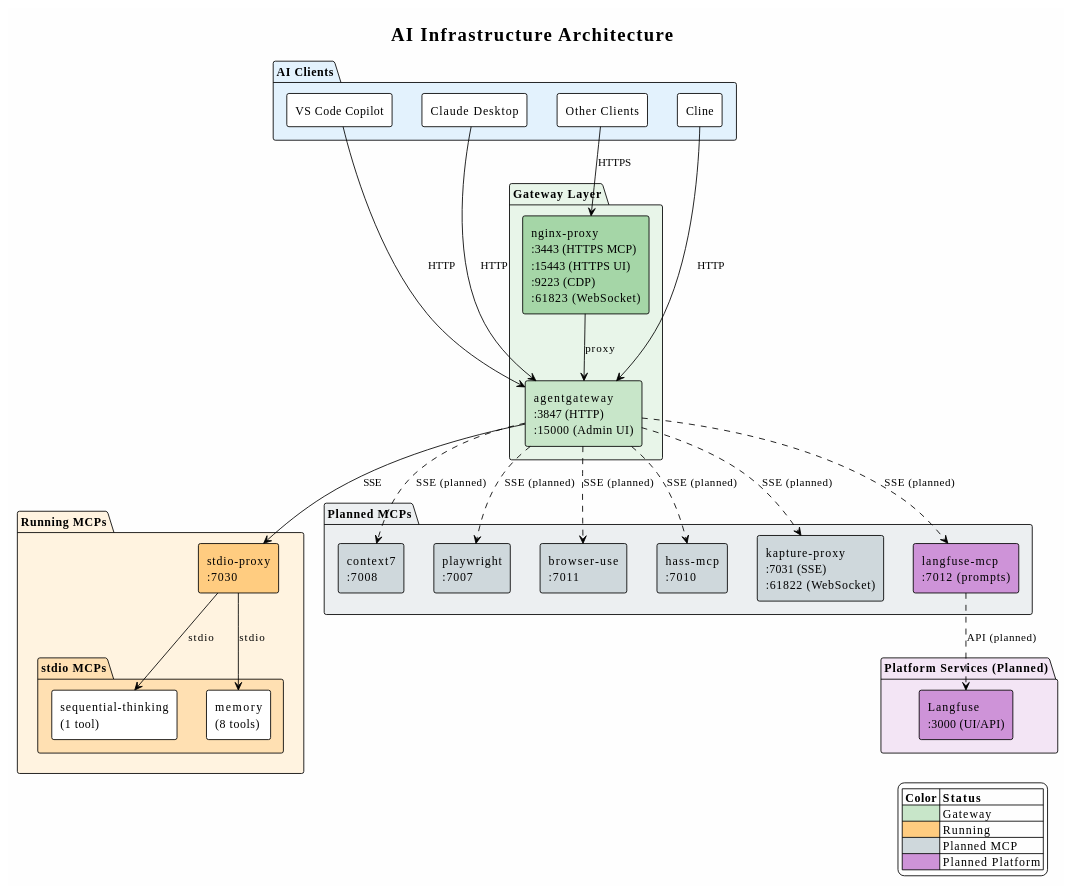
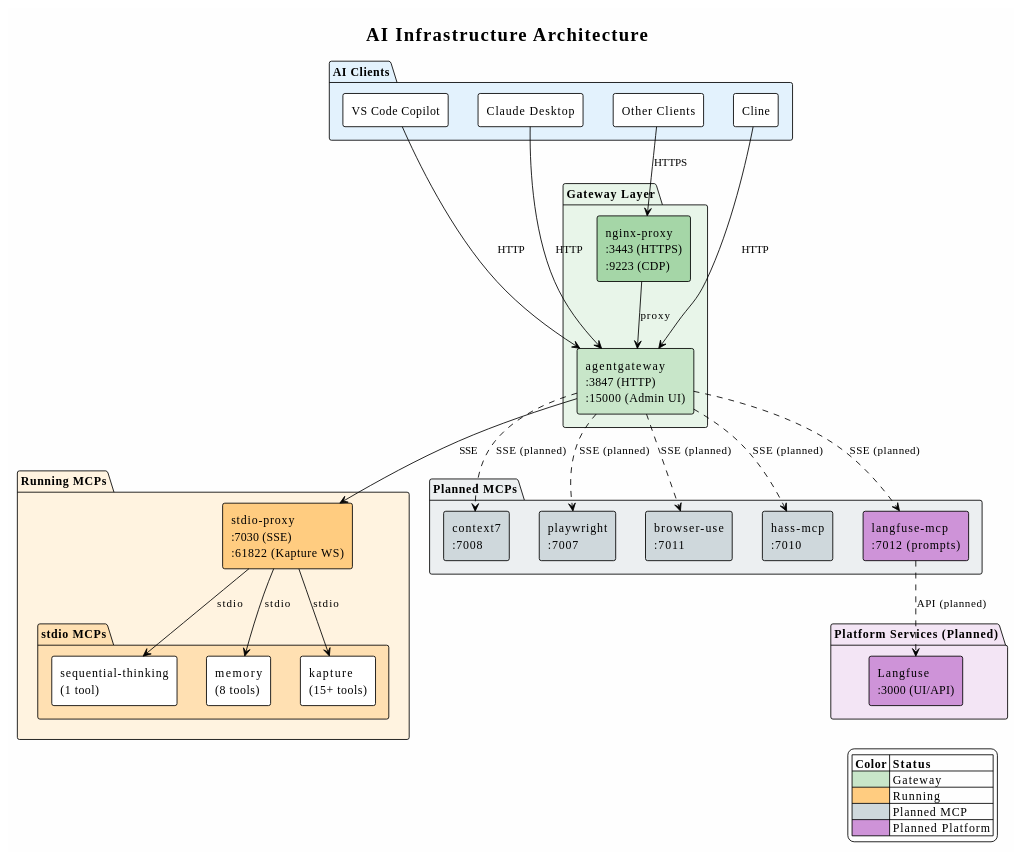
The diagram in README.md (bobthearsonist/ai-infrastructure), drawn with PlantUML before and after one commit. The commit also changed other lines of this file and 8 other files, not shown here.

Commit message:
feat: integrate Kapture MCP with stdio-proxy and update related configurations

```diff
--- a/README.md
+++ b/README.md
@@ -24,16 +24,17 @@
 ' === Gateway Layer ===
 package "Gateway Layer" as gateway_layer #E8F5E9 {
   component "agentgateway\n:3847 (HTTP)\n:15000 (Admin UI)" as agentgateway #C8E6C9
-  component "nginx-proxy\n:3443 (HTTPS MCP)\n:15443 (HTTPS UI)\n:9223 (CDP)\n:61823 (WebSocket)" as nginx #A5D6A7
+  component "nginx-proxy\n:3443 (HTTPS)\n:9223 (CDP)" as nginx #A5D6A7
 }
 
 ' === MCP Backends - Currently Running ===
 package "Running MCPs" as running #FFF3E0 {
-  component "stdio-proxy\n:7030" as stdio_proxy #FFCC80
+  component "stdio-proxy\n:7030 (SSE)\n:61822 (Kapture WS)" as stdio_proxy #FFCC80
 
   package "stdio MCPs" as stdio_mcps #FFE0B2 {
     [sequential-thinking\n(1 tool)] as seq_think
     [memory\n(8 tools)] as memory
+    [kapture\n(15+ tools)] as kapture_mcp
   }
 }
 
@@ -43,7 +44,6 @@
   [playwright\n:7007] as playwright #CFD8DC
   [browser-use\n:7011] as browser_use #CFD8DC
   [hass-mcp\n:7010] as hass_mcp #CFD8DC
-  [kapture-proxy\n:7031 (SSE)\n:61822 (WebSocket)] as kapture #CFD8DC
   [langfuse-mcp\n:7012 (prompts)] as langfuse_mcp #CE93D8
 }
 
@@ -68,12 +68,12 @@
 agentgateway ..> playwright : SSE (planned)
 agentgateway ..> browser_use : SSE (planned)
 agentgateway ..> hass_mcp : SSE (planned)
-agentgateway ..> kapture : SSE (planned)
 agentgateway ..> langfuse_mcp : SSE (planned)
 
 ' stdio-proxy to stdio MCPs
 stdio_proxy --> seq_think : stdio
 stdio_proxy --> memory : stdio
+stdio_proxy --> kapture_mcp : stdio
 
 ' Langfuse MCP to Langfuse platform
 langfuse_mcp ..> langfuse : API (planned)
```
